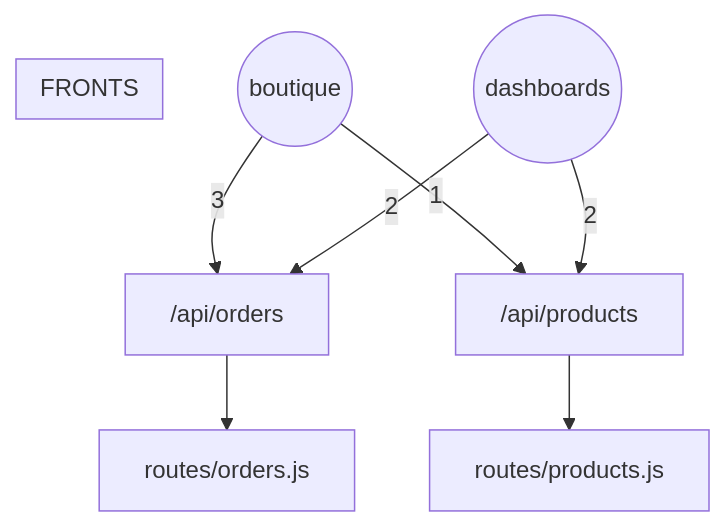
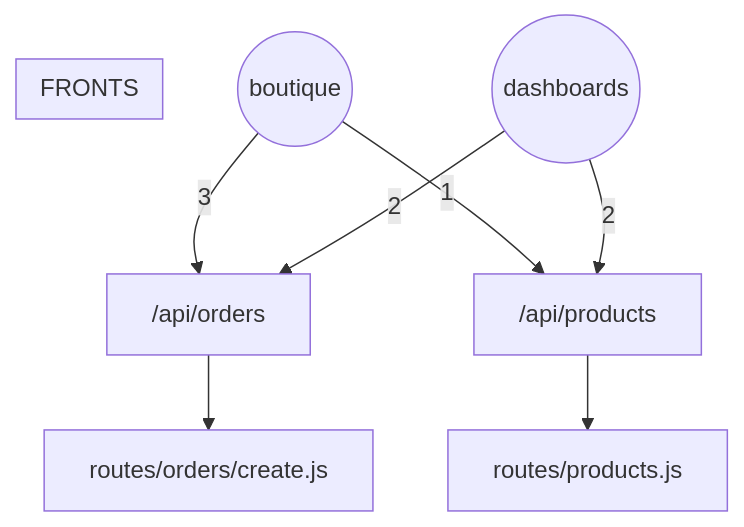
One commit to SamyrFateh/komerce-backend changed the diagram in docs/META_GRAPH.md. Above: the diagram before and after it, drawn with Mermaid. The commit also changed other lines of this file and 14 other files, not shown here.

````diff
--- a/docs/META_GRAPH.md
+++ b/docs/META_GRAPH.md
@@ -46,13 +49,13 @@
 ```mermaid
 graph TD
   subgraph FRONTS
     direction LR
   end
-  ep__api_orders["/api/orders"] --> rt_routes_orders_js["routes/orders.js"]
+  ep__api_orders["/api/orders"] --> rt_routes_orders_create_js["routes/orders/create.js"]
   BTQ((boutique)) -->|3| ep__api_orders
   DASH((dashboards)) -->|2| ep__api_orders
   ep__api_products["/api/products"] --> rt_routes_products_js["routes/products.js"]
   BTQ((boutique)) -->|1| ep__api_products
   DASH((dashboards)) -->|2| ep__api_products
   classDef phantom fill:#fdd,stroke:#c00;
 ```
````
